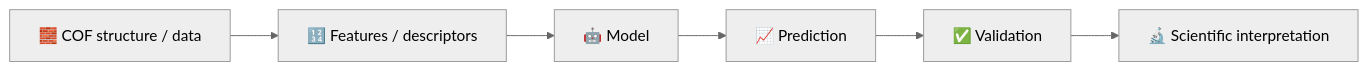
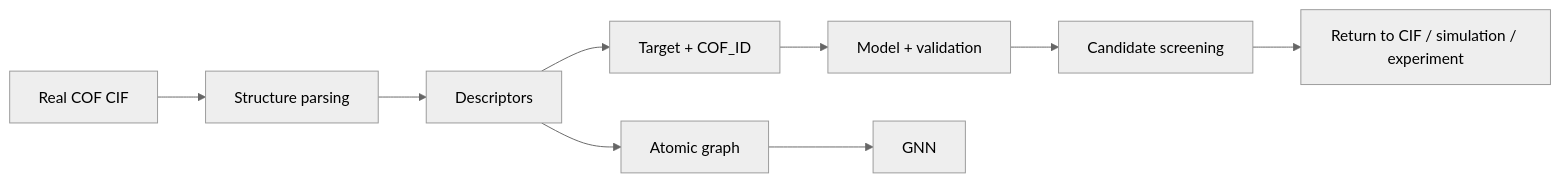
One commit to Wanteen/COF-ML-Tutorial changed the diagram in README.md. Above: the diagram before and after it, drawn with Mermaid (neutral theme). The commit also changed other lines of this file, not shown here.

Commit message:
Redesign course roadmap around real CIF-to-screening workflow

````diff
--- a/README.md
+++ b/README.md
@@ -87,8 +100,11 @@
 ```mermaid
 flowchart LR
-    A[🧱 COF structure / data] --> B[🔢 Features / descriptors]
-    B --> C[🤖 Model]
-    C --> D[📈 Prediction]
-    D --> E[✅ Validation]
-    E --> F[🔬 Scientific interpretation]
+    A[Real COF CIF] --> B[Structure parsing]
+    B --> C[Descriptors]
+    C --> D[Target + COF_ID]
+    D --> E[Model + validation]
+    E --> F[Candidate screening]
+    F --> G[Return to CIF / simulation / experiment]
+    C --> H[Atomic graph]
+    H --> I[GNN]
 ```
````
